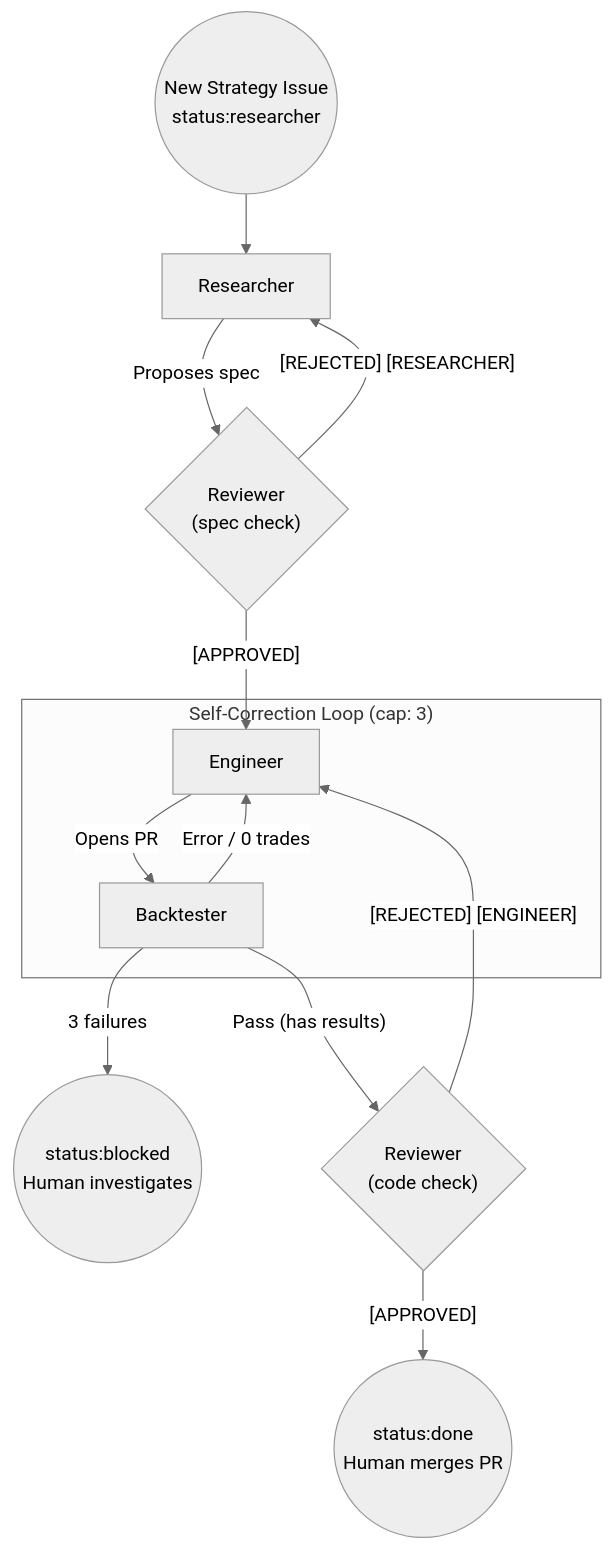
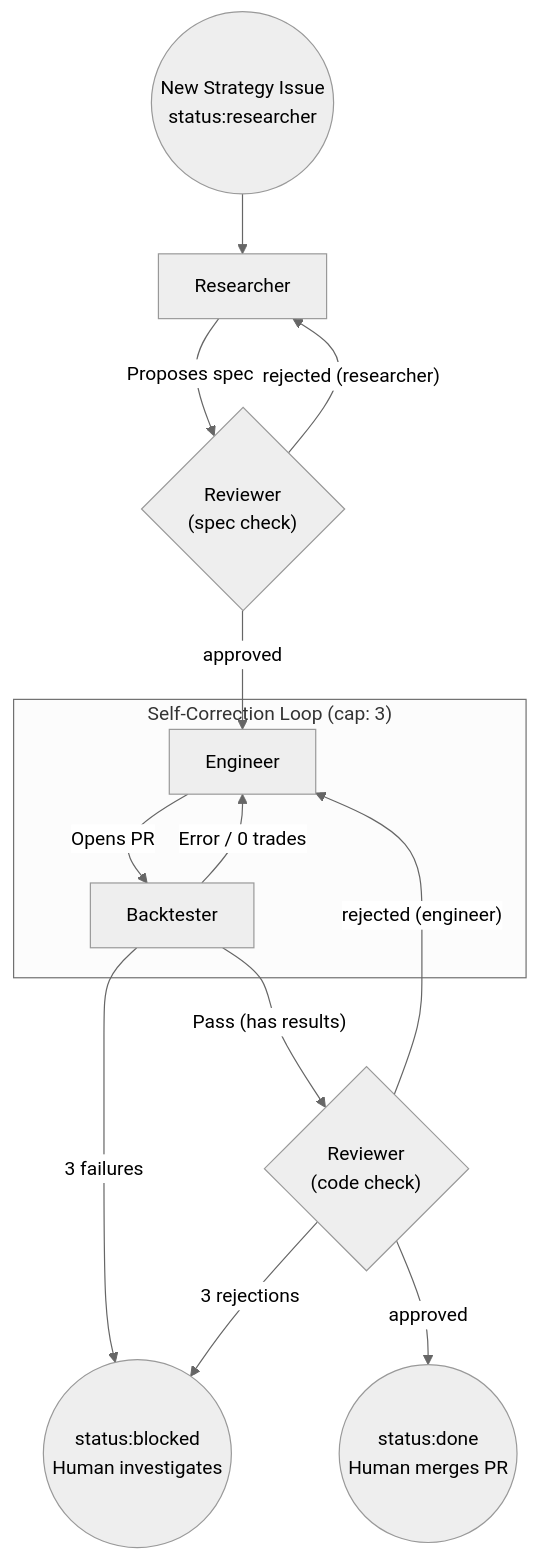
The diagram in README.md (tefwilliams/trading-bot-team), drawn with Mermaid (neutral theme) before and after one commit. The commit also changed other lines of this file and 11 other files, not shown here.

````diff
--- a/README.md
+++ b/README.md
@@ -22,20 +23,21 @@
 ```mermaid
 graph TD
     Start(("New Strategy Issue<br/>status:researcher")) --> Researcher
     Researcher -- "Proposes spec" --> Reviewer_Spec{"Reviewer<br/>(spec check)"}
 
-    Reviewer_Spec -- "[REJECTED] [RESEARCHER]" --> Researcher
-    Reviewer_Spec -- "[APPROVED]" --> Engineer
+    Reviewer_Spec -- "rejected (researcher)" --> Researcher
+    Reviewer_Spec -- "approved" --> Engineer
 
     Engineer -- "Opens PR" --> Backtester
 
     subgraph "Self-Correction Loop (cap: 3)"
     Backtester -- "Error / 0 trades" --> Engineer
     end
 
     Backtester -- "3 failures" --> Blocked(("status:blocked<br/>Human investigates"))
     Backtester -- "Pass (has results)" --> Reviewer_Code{"Reviewer<br/>(code check)"}
 
-    Reviewer_Code -- "[REJECTED] [ENGINEER]" --> Engineer
-    Reviewer_Code -- "[APPROVED]" --> Done(("status:done<br/>Human merges PR"))
+    Reviewer_Code -- "rejected (engineer)" --> Engineer
+    Reviewer_Code -- "3 rejections" --> Blocked
+    Reviewer_Code -- "approved" --> Done(("status:done<br/>Human merges PR"))
 ```
````
